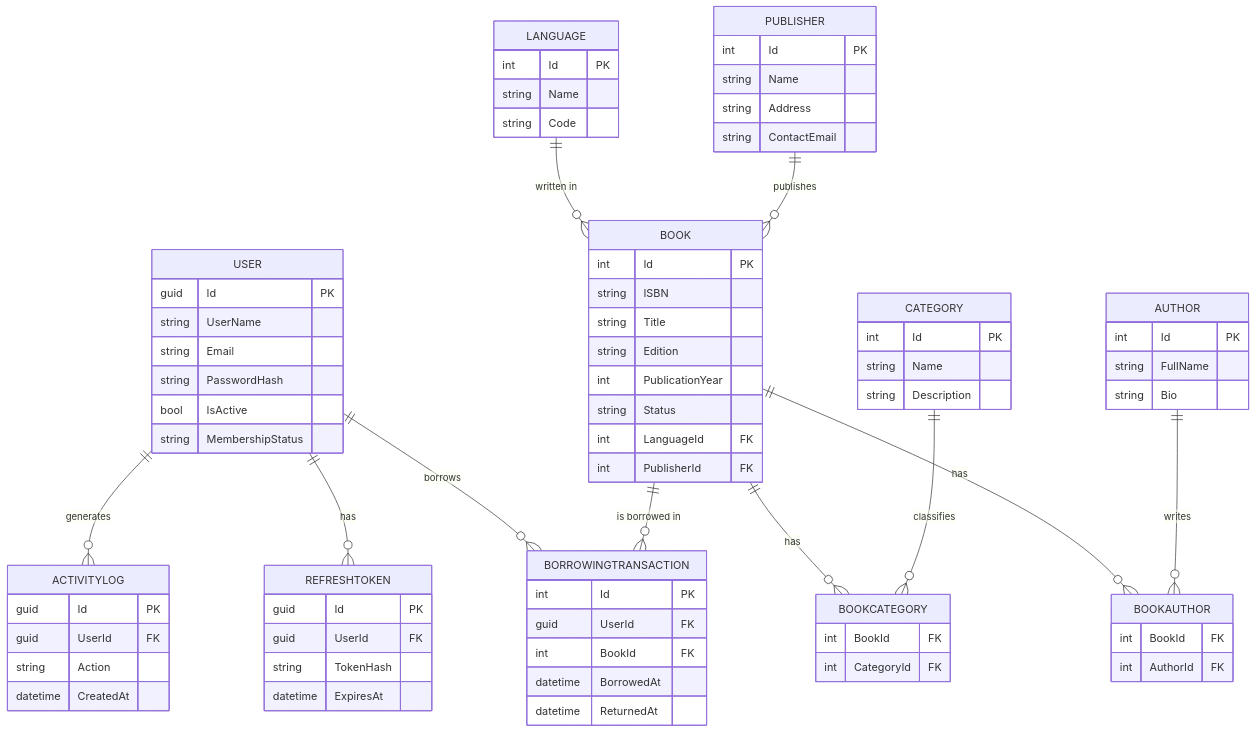
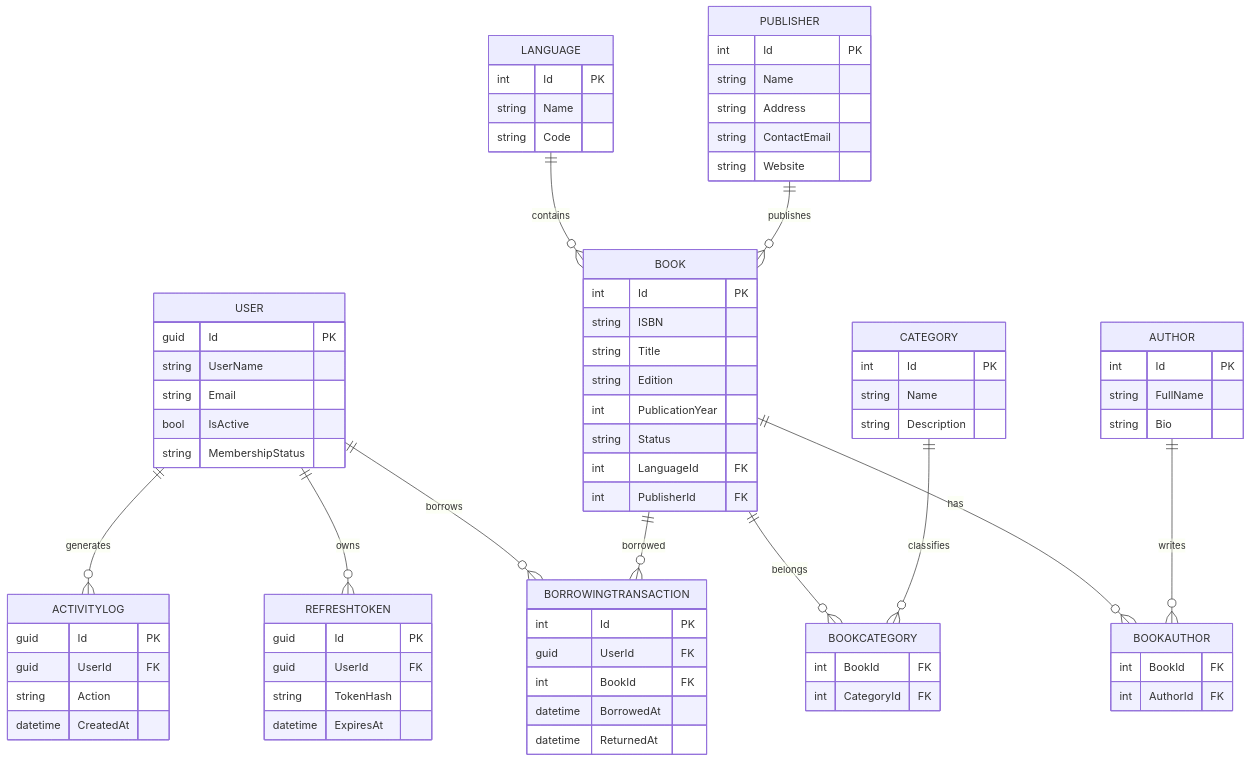
Before and after one commit to Abdallah85/LibraryManagementSystem: the diagram in LibraryManagementSystem/README.md, drawn with Mermaid. The commit also changed other lines of this file, not shown here.

````diff
--- a/LibraryManagementSystem/README.md
+++ b/LibraryManagementSystem/README.md
@@ -330,80 +365,95 @@
 ```mermaid
 erDiagram
-  USER ||--o{ BORROWINGTRANSACTION : borrows
-  BOOK ||--o{ BORROWINGTRANSACTION : "is borrowed in"
-  USER ||--o{ REFRESHTOKEN : has
-  USER ||--o{ ACTIVITYLOG : generates
-  LANGUAGE ||--o{ BOOK : "written in"
-  PUBLISHER ||--o{ BOOK : publishes
-  BOOK ||--o{ BOOKAUTHOR : has
-  AUTHOR ||--o{ BOOKAUTHOR : writes
-  BOOK ||--o{ BOOKCATEGORY : has
-  CATEGORY ||--o{ BOOKCATEGORY : classifies
 
-  USER {
-    guid Id PK
-    string UserName
-    string Email
-    string PasswordHash
-    bool IsActive
-    string MembershipStatus
-  }
-  BOOK {
-    int Id PK
-    string ISBN
-    string Title
-    string Edition
-    int PublicationYear
-    string Status
-    int LanguageId FK
-    int PublisherId FK
-  }
-  CATEGORY {
-    int Id PK
-    string Name
-    string Description
-  }
-  LANGUAGE {
-    int Id PK
-    string Name
-    string Code
-  }
-  PUBLISHER {
-    int Id PK
-    string Name
-    string Address
-    string ContactEmail
-  }
-  AUTHOR {
-    int Id PK
-    string FullName
-    string Bio
-  }
-  BOOKAUTHOR {
-    int BookId FK
-    int AuthorId FK
-  }
-  BOOKCATEGORY {
-    int BookId FK
-    int CategoryId FK
-  }
-  BORROWINGTRANSACTION {
-    int Id PK
-    guid UserId FK
-    int BookId FK
-    datetime BorrowedAt
-    datetime ReturnedAt
-  }
-  REFRESHTOKEN {
-    guid Id PK
-    guid UserId FK
-    string TokenHash
-    datetime ExpiresAt
-  }
-  ACTIVITYLOG {
-    guid Id PK
-    guid UserId FK
-    string Action
-    datetime CreatedAt
-  }
+    USER ||--o{ BORROWINGTRANSACTION : borrows
+    BOOK ||--o{ BORROWINGTRANSACTION : borrowed
+
+    USER ||--o{ REFRESHTOKEN : owns
+    USER ||--o{ ACTIVITYLOG : generates
+
+    LANGUAGE ||--o{ BOOK : contains
+    PUBLISHER ||--o{ BOOK : publishes
+
+    BOOK ||--o{ BOOKAUTHOR : has
+    AUTHOR ||--o{ BOOKAUTHOR : writes
+
+    BOOK ||--o{ BOOKCATEGORY : belongs
+    CATEGORY ||--o{ BOOKCATEGORY : classifies
+
+    USER {
+        guid Id PK
+        string UserName
+        string Email
+        bool IsActive
+        string MembershipStatus
+    }
+
+    BOOK {
+        int Id PK
+        string ISBN
+        string Title
+        string Edition
+        int PublicationYear
+        string Status
+        int LanguageId FK
+        int PublisherId FK
+    }
+
+    AUTHOR {
+        int Id PK
+        string FullName
+        string Bio
+    }
+
+    CATEGORY {
+        int Id PK
+        string Name
+        string Description
+    }
+
+    LANGUAGE {
+        int Id PK
+        string Name
+        string Code
+    }
+
+    PUBLISHER {
+        int Id PK
+        string Name
+        string Address
+        string ContactEmail
+        string Website
+    }
+
+    BOOKAUTHOR {
+        int BookId FK
+        int AuthorId FK
+    }
+
+    BOOKCATEGORY {
+        int BookId FK
+        int CategoryId FK
+    }
+
+    BORROWINGTRANSACTION {
+        int Id PK
+        guid UserId FK
+        int BookId FK
+        datetime BorrowedAt
+        datetime ReturnedAt
+    }
+
+    REFRESHTOKEN {
+        guid Id PK
+        guid UserId FK
+        string TokenHash
+        datetime ExpiresAt
+    }
+
+    ACTIVITYLOG {
+        guid Id PK
+        guid UserId FK
+        string Action
+        datetime CreatedAt
+    }
 ```
````
